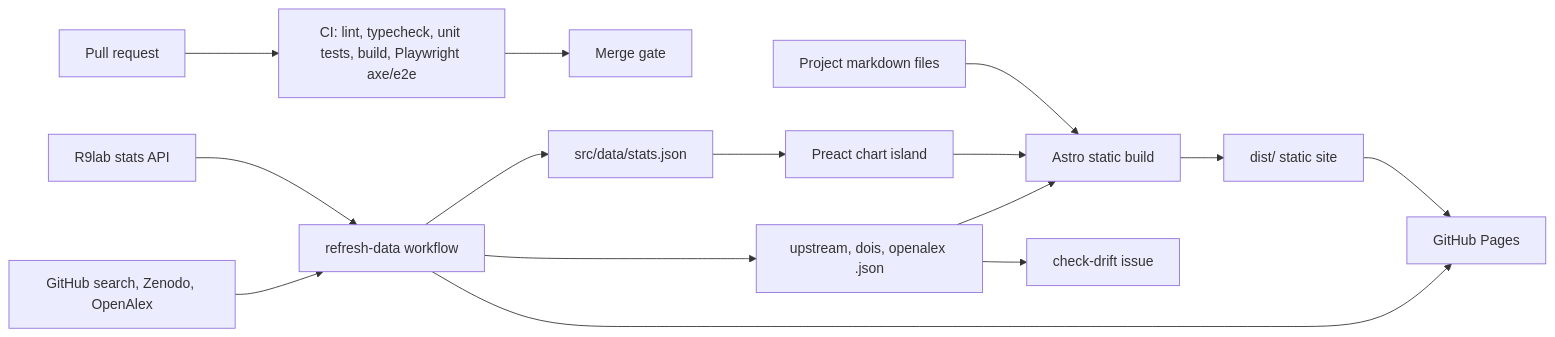
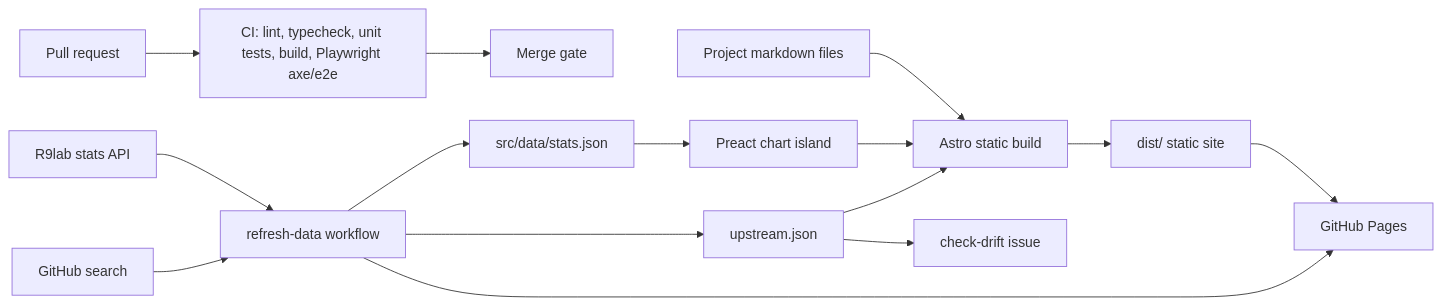
One commit to simonvanlierde/simonvanlierde.github.io changed the diagram in docs/architecture.md. Above: the diagram before and after it, drawn with Mermaid. The commit also changed other lines of this file and 12 other files, not shown here.

````diff
--- a/docs/architecture.md
+++ b/docs/architecture.md
@@ -5,19 +5,19 @@
 ```mermaid
 flowchart LR
   author[Project markdown files] --> astro[Astro static build]
   stats[src/data/stats.json] --> island[Preact chart island]
   island --> astro
   astro --> dist[dist/ static site]
   dist --> pages[GitHub Pages]
 
   r9lab[R9lab stats API] --> refresh[refresh-data workflow]
-  sources[GitHub search, Zenodo, OpenAlex] --> refresh
+  search[GitHub search] --> refresh
   refresh --> stats
-  refresh --> evidence[upstream, dois, openalex .json]
-  evidence --> astro
-  evidence --> drift[check-drift issue]
+  refresh --> upjson[upstream.json]
+  upjson --> astro
+  upjson --> drift[check-drift issue]
   refresh --> pages
 
   pr[Pull request] --> ci[CI: lint, typecheck, unit tests, build, Playwright axe/e2e]
   ci --> review[Merge gate]
 ```
````
